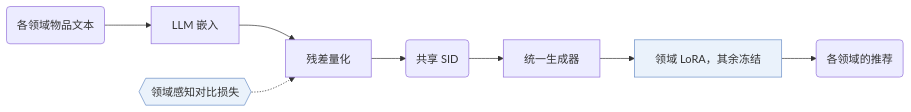
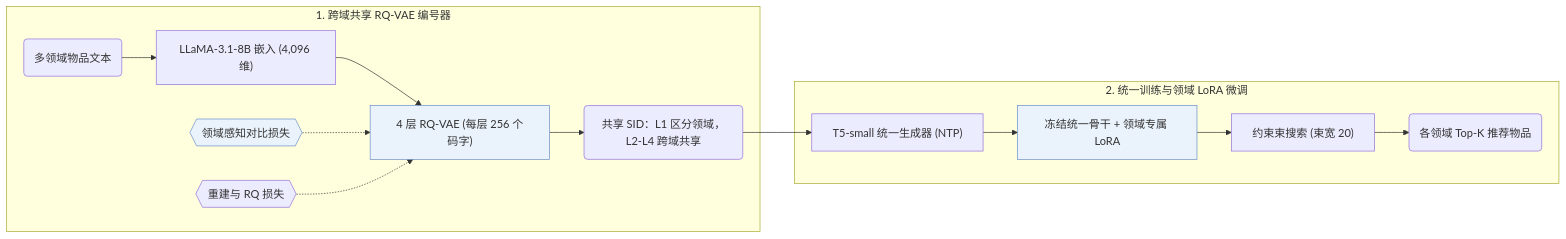
One commit to Galaxy-ghost/Awesome-SID-Generative-Rec changed the diagram in notes/zh/gmc.md. Above: the diagram before and after it, drawn with Mermaid. The commit also changed other lines of this file and 649 other files, not shown here.

Commit message:
writer-05: also tags and modality index (schema, check, build, visuals); summary field removed; calibration data for 12 papers

````diff
--- a/notes/zh/gmc.md
+++ b/notes/zh/gmc.md
@@ -13,11 +14,17 @@
 ```mermaid
 flowchart LR
-    A("各领域物品文本") --> B["LLM 嵌入"]
-    B --> C["残差量化"]
-    L1{{"领域感知对比损失"}}:::key -.-> C
-    C --> D("共享 SID")
-    D --> E["统一生成器"]
-    E --> F["领域 LoRA，其余冻结"]:::key
-    F --> G("各领域的推荐")
+    subgraph Tok["1. 跨域共享 RQ-VAE 编号器"]
+        A("多领域物品文本") --> B["LLaMA-3.1-8B 嵌入 (4,096 维)"]
+        B --> C["4 层 RQ-VAE (每层 256 个码字)"]:::key
+        L1{{"领域感知对比损失"}}:::key -.-> C
+        L2{{"重建与 RQ 损失"}} -.-> C
+        C --> D("共享 SID：L1 区分领域，L2-L4 跨域共享")
+    end
+    subgraph Gen["2. 统一训练与领域 LoRA 微调"]
+        D --> E["T5-small 统一生成器 (NTP)"]
+        E --> F["冻结统一骨干 + 领域专属 LoRA"]:::key
+        F --> G["约束束搜索 (束宽 20)"]
+        G --> H("各领域 Top-K 推荐物品")
+    end
     classDef key fill:#eaf2fb,stroke:#6b8fc7
 ```
````
